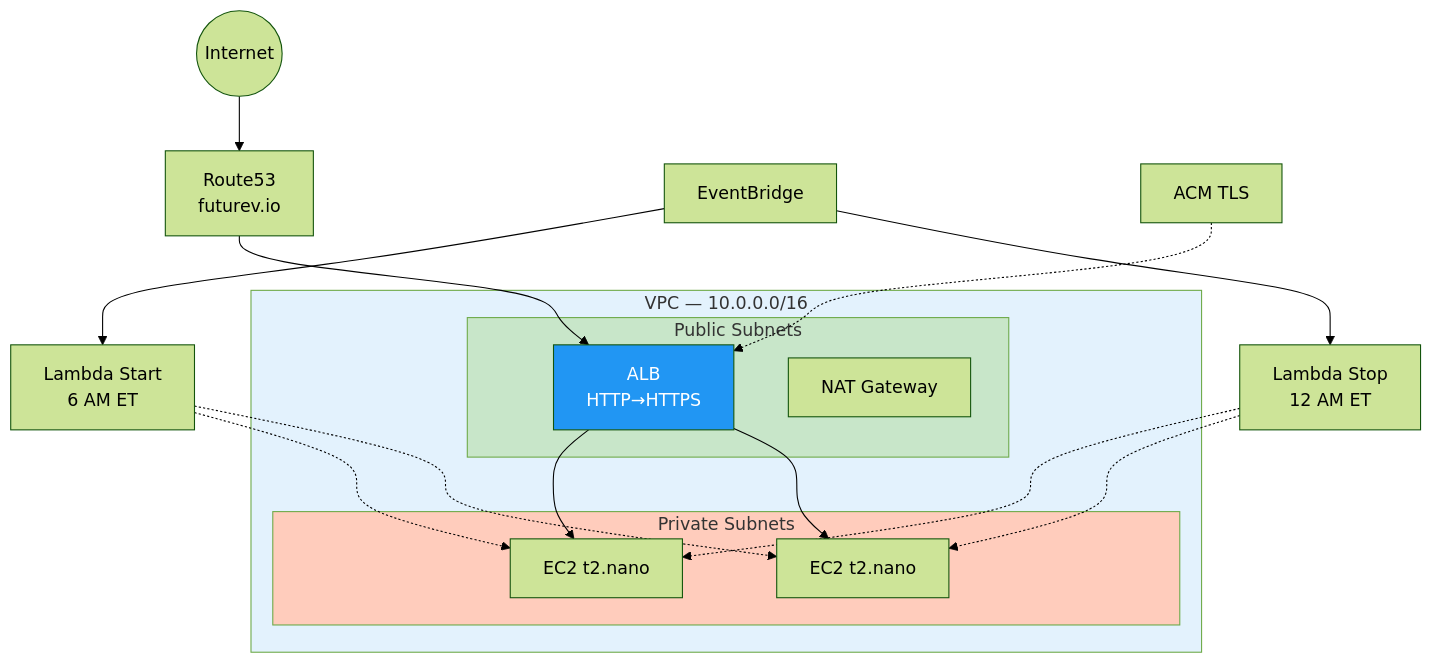
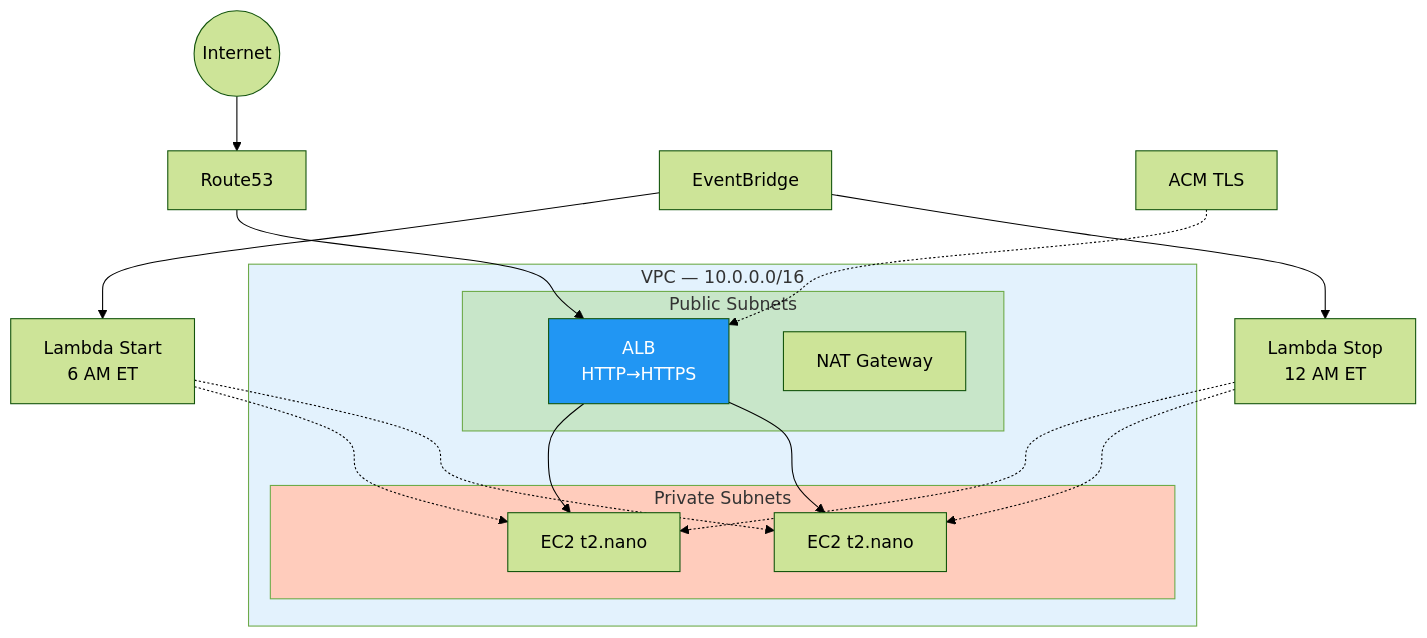
The second of 5 diagrams in README.md (vegatros/repo1), drawn with Mermaid (forest theme) before and after one commit. The commit also changed 3 other files, not shown here.

Commit message:
remove domain references from diagrams

````diff
--- a/README.md
+++ b/README.md
@@ -144,23 +144,23 @@
 ```mermaid
 graph TB
-    Internet((Internet)) --> R53[Route53\nfuturev.io]
+    Internet((Internet)) --> R53[Route53]
     R53 --> ALB[ALB\nHTTP→HTTPS]
     subgraph VPC ["VPC — 10.0.0.0/16"]
         subgraph Public ["Public Subnets"]
             ALB
             NAT[NAT Gateway]
         end
         subgraph Private ["Private Subnets"]
             EC2a[EC2 t2.nano]
             EC2b[EC2 t2.nano]
         end
     end
     ALB --> EC2a & EC2b
     EB[EventBridge] --> Lambda1[Lambda Start\n6 AM ET] & Lambda2[Lambda Stop\n12 AM ET]
     Lambda1 & Lambda2 -.-> EC2a & EC2b
     ACM[ACM TLS] -.-> ALB
     style VPC fill:#e3f2fd
     style Public fill:#c8e6c9
     style Private fill:#ffccbc
     style ALB fill:#2196f3,color:#fff
 ```
````
